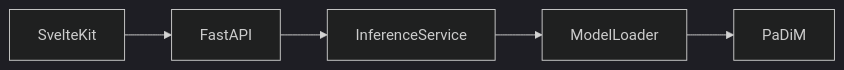
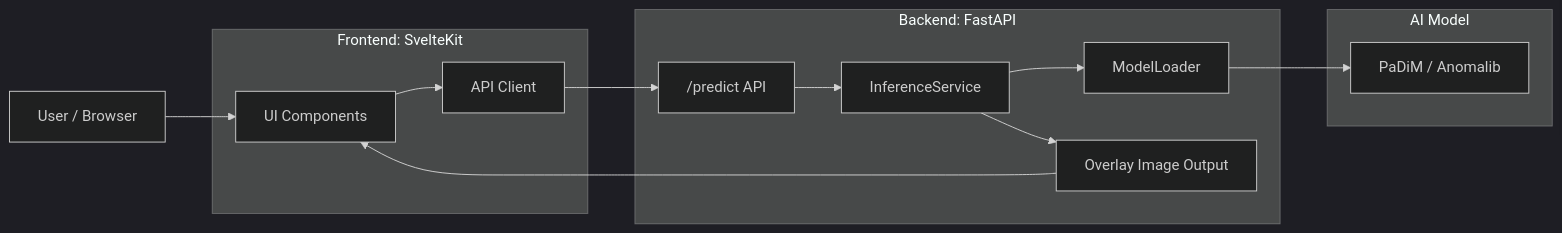
Before and after one commit to KensukeOta/VisionInspector: the first of 2 diagrams in README.md, drawn with Mermaid (dark theme). The commit also changed other lines of this file, not shown here.

Commit message:
Update system architecture diagrams in README

````diff
--- a/README.md
+++ b/README.md
@@ -54,18 +54,29 @@
 ```mermaid
 flowchart LR
+    User["User / Browser"]
 
-Frontend[SvelteKit]
+    subgraph Frontend["Frontend: SvelteKit"]
+        UI["UI Components"]
+        APIClient["API Client"]
+    end
 
-Backend[FastAPI]
+    subgraph Backend["Backend: FastAPI"]
+        Router["/predict API"]
+        Service["InferenceService"]
+        Loader["ModelLoader"]
+        Output["Overlay Image Output"]
+    end
 
-Service[InferenceService]
+    subgraph AI["AI Model"]
+        Padim["PaDiM / Anomalib"]
+    end
 
-Loader[ModelLoader]
-
-Model[PaDiM]
-
-Frontend --> Backend
-Backend --> Service
-Service --> Loader
-Loader --> Model
+    User --> UI
+    UI --> APIClient
+    APIClient --> Router
+    Router --> Service
+    Service --> Loader
+    Loader --> Padim
+    Service --> Output
+    Output --> UI
 ```
````
